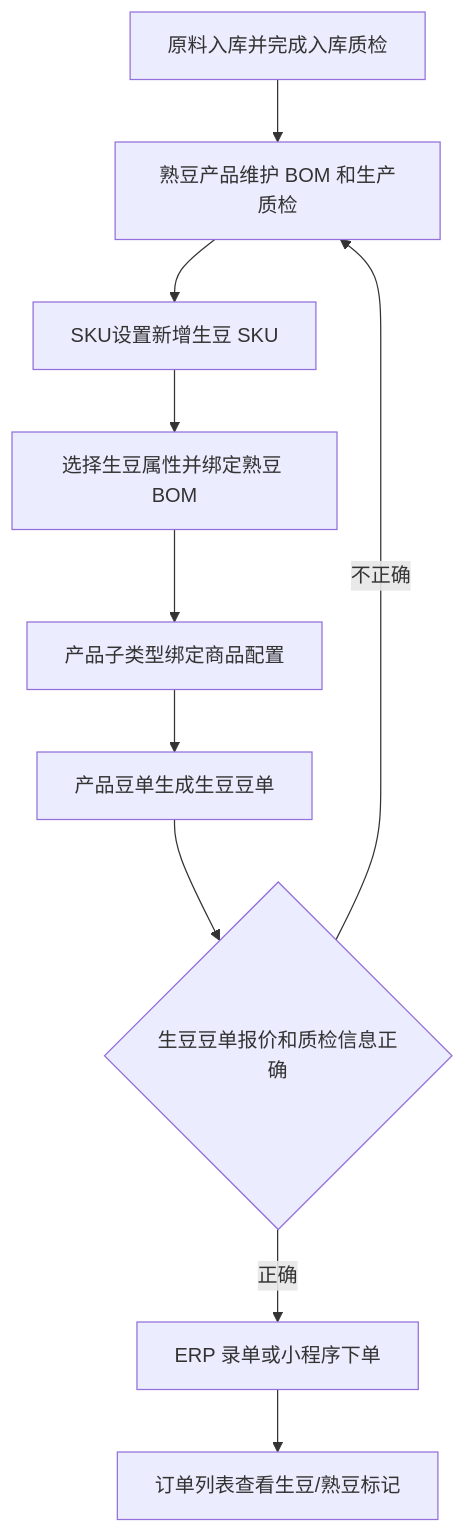
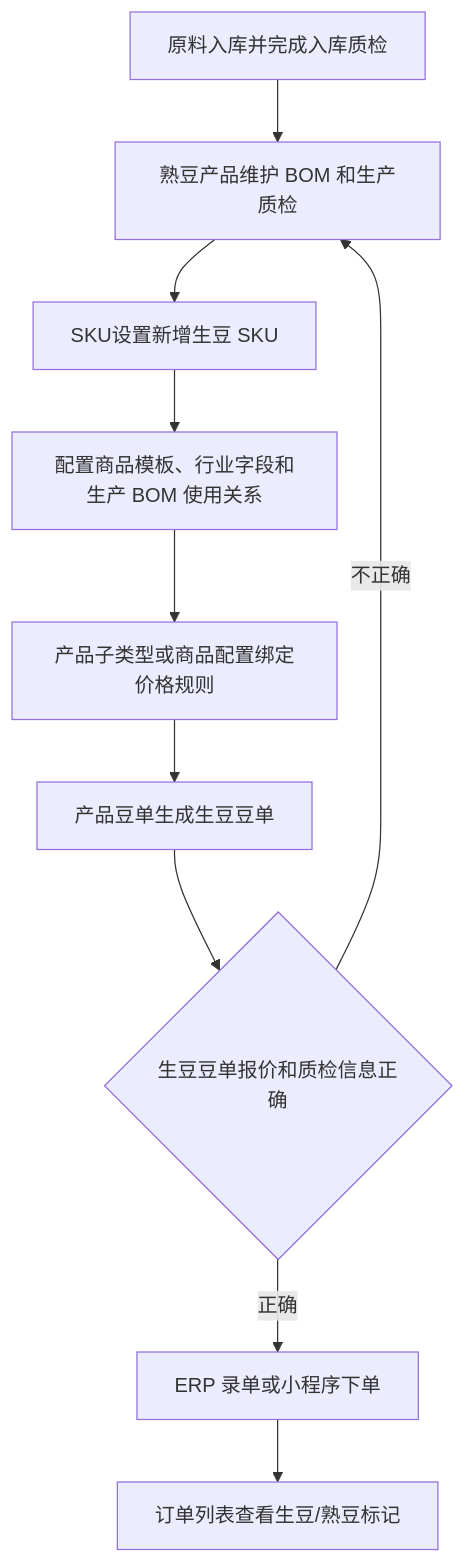
One commit to Backstage2539/KFerp changed the diagram in orderapp-remote/docs/OP_MANUAL_GREEN_BEAN_SALES.md. Above: the diagram before and after it, drawn with Mermaid. The commit also changed other lines of this file and 13 other files, not shown here.

````diff
--- a/orderapp-remote/docs/OP_MANUAL_GREEN_BEAN_SALES.md
+++ b/orderapp-remote/docs/OP_MANUAL_GREEN_BEAN_SALES.md
@@ -14,12 +14,12 @@
 ```mermaid
 flowchart TD
   A["原料入库并完成入库质检"] --> B["熟豆产品维护 BOM 和生产质检"]
   B --> C["SKU设置新增生豆 SKU"]
-  C --> D["选择生豆属性并绑定熟豆 BOM"]
-  D --> E["产品子类型绑定商品配置"]
+  C --> D["配置商品模板、行业字段和生产 BOM 使用关系"]
+  D --> E["产品子类型或商品配置绑定价格规则"]
   E --> F["产品豆单生成生豆豆单"]
   F --> G{"生豆豆单报价和质检信息正确"}
   G -->|正确| H["ERP 录单或小程序下单"]
   G -->|不正确| B
   H --> I["订单列表查看生豆/熟豆标记"]
 ```
````
